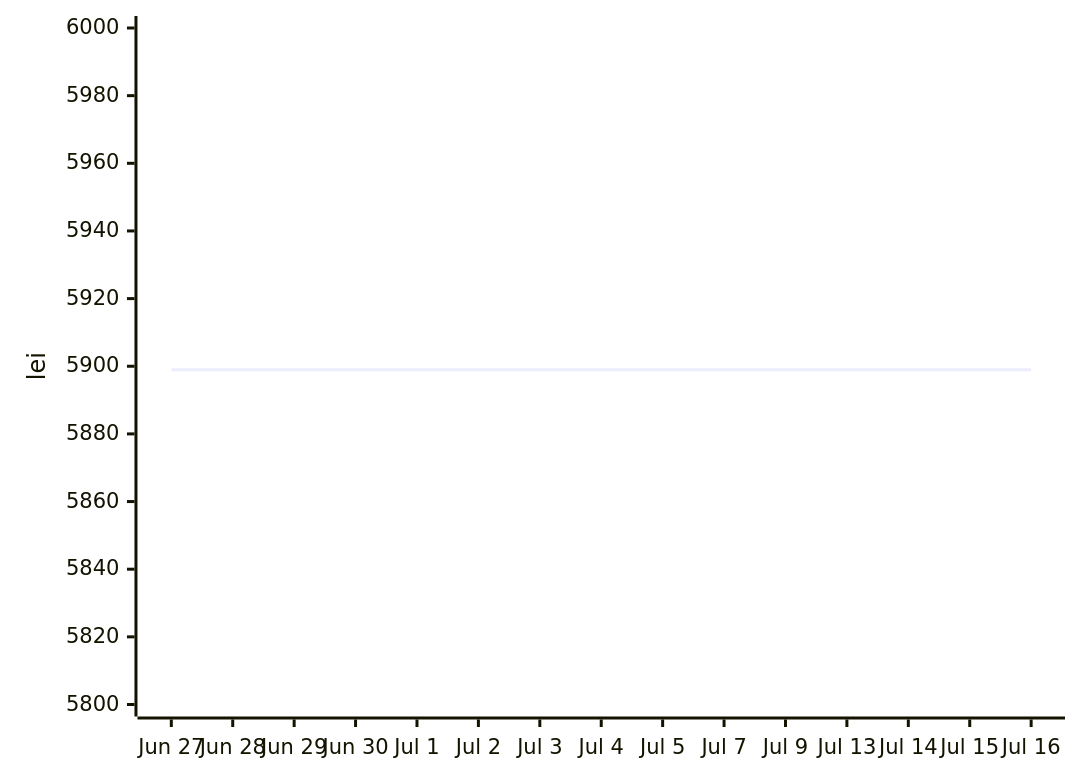
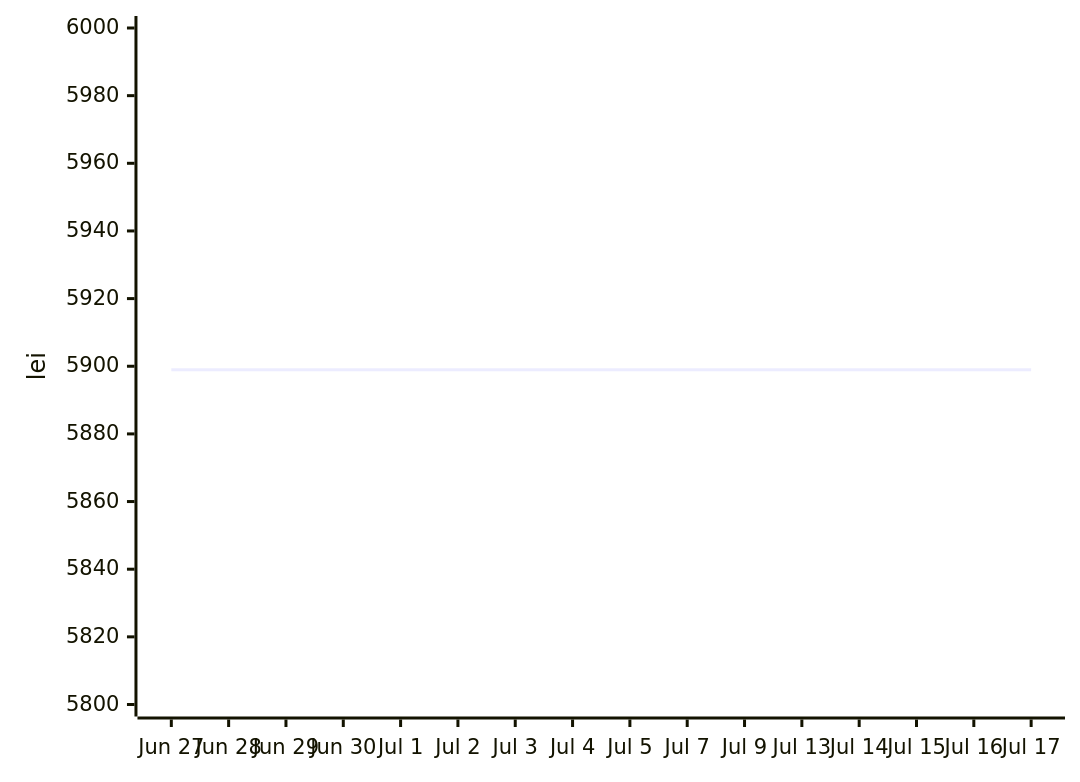
One commit to anagheioan/laptop-price-monitor changed the second of 2 diagrams in README.md. Above: the diagram before and after it, drawn with Mermaid. The commit also changed other lines of this file and 1 other file, not shown here.

Commit message:
Price check 2026-07-17

````diff
--- a/README.md
+++ b/README.md
@@ -29,6 +29,6 @@
 ```mermaid
 xychart-beta
-    x-axis ["Jun 27", "Jun 28", "Jun 29", "Jun 30", "Jul 1", "Jul 2", "Jul 3", "Jul 4", "Jul 5", "Jul 7", "Jul 9", "Jul 13", "Jul 14", "Jul 15", "Jul 16"]
+    x-axis ["Jun 27", "Jun 28", "Jun 29", "Jun 30", "Jul 1", "Jul 2", "Jul 3", "Jul 4", "Jul 5", "Jul 7", "Jul 9", "Jul 13", "Jul 14", "Jul 15", "Jul 16", "Jul 17"]
     y-axis "lei" 5800 --> 6000
-    line [5899.0, 5899.0, 5899.0, 5899.0, 5899.0, 5899.0, 5899.0, 5899.0, 5899.0, 5899.0, 5899.0, 5899.0, 5899.0, 5899.0, 5899.0]
+    line [5899.0, 5899.0, 5899.0, 5899.0, 5899.0, 5899.0, 5899.0, 5899.0, 5899.0, 5899.0, 5899.0, 5899.0, 5899.0, 5899.0, 5899.0, 5899.0]
 ```
````
